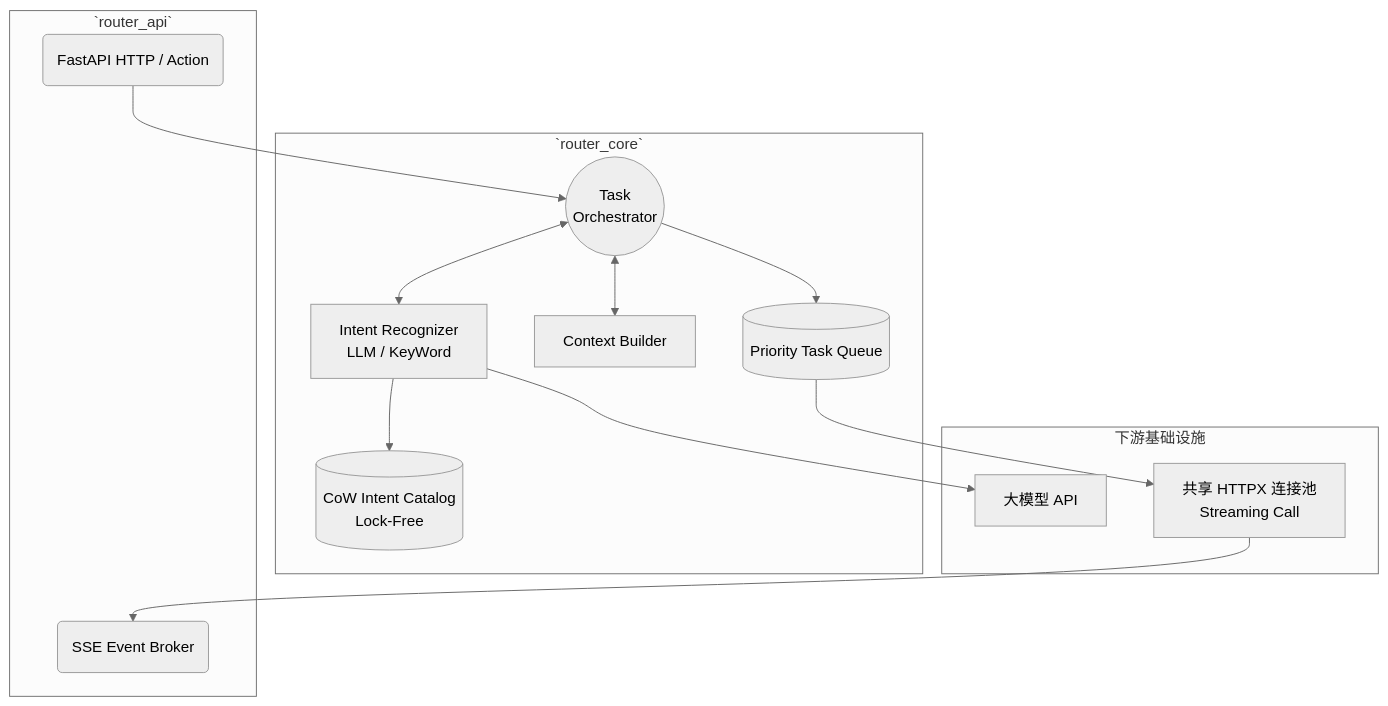
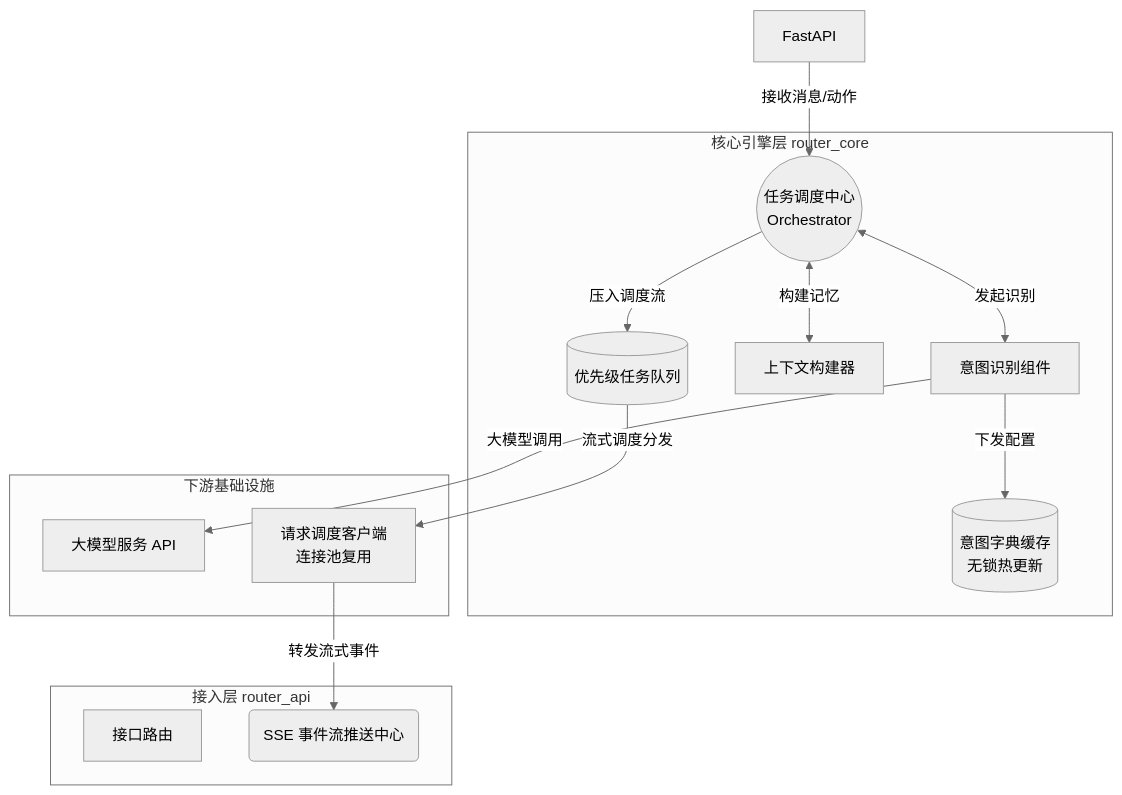
One commit to corelli359/intent-router changed the fourth of 5 diagrams in docs/intent_router_presentation.md. Above: the diagram before and after it, drawn with Mermaid (neutral theme). The commit also changed other lines of this file, not shown here.

Commit message:
意图路由设计更新v0.2

````diff
--- a/docs/intent_router_presentation.md
+++ b/docs/intent_router_presentation.md
@@ -122,29 +135,29 @@
 ```mermaid
 graph TD
-    subgraph `router_api`
-        FastAPI(FastAPI HTTP / Action)
-        SSE(SSE Event Broker)
+    subgraph 接入层 router_api
+        接口路由
+        SSE(SSE 事件流推送中心)
     end
 
-    subgraph `router_core` 
-        Orchestrator((Task<br>Orchestrator))
-        Queue[(Priority Task Queue)]
-        Context[Context Builder]
-        Recognizer[Intent Recognizer<br>LLM / KeyWord]
-        Catalog[(CoW Intent Catalog<br>Lock-Free)]
+    subgraph 核心引擎层 router_core
+        Orchestrator((任务调度中心<br>Orchestrator))
+        Queue[(优先级任务队列)]
+        Context[上下文构建器]
+        Recognizer[意图识别组件]
+        Catalog[(意图字典缓存<br>无锁热更新)]
     end
 
     subgraph 下游基础设施
-        LLM[大模型 API]
-        AgentClient[共享 HTTPX 连接池<br>Streaming Call]
+        LLM[大模型服务 API]
+        AgentClient[请求调度客户端<br>连接池复用]
     end
 
-    FastAPI --> Orchestrator
-    Orchestrator <--> Context
-    Orchestrator <--> Recognizer
-    Recognizer --> LLM
-    Recognizer --> Catalog
-    Orchestrator --> Queue
-    Queue --> AgentClient
-    AgentClient --> SSE
+    FastAPI -->|"接收消息/动作"| Orchestrator
+    Orchestrator <-->|"构建记忆"| Context
+    Orchestrator <-->|"发起识别"| Recognizer
+    Recognizer -->|"大模型调用"| LLM
+    Recognizer -->|"下发配置"| Catalog
+    Orchestrator -->|"压入调度流"| Queue
+    Queue -->|"流式调度分发"| AgentClient
+    AgentClient -->|"转发流式事件"| SSE
 ```
````
